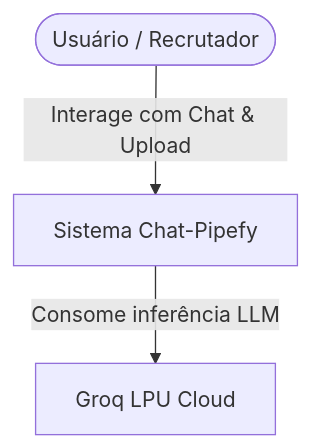
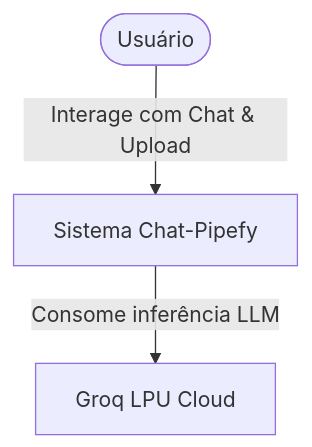
Before and after one commit to eliezerqueiroz/chat-pipefy: the first of 2 diagrams in README.md, drawn with Mermaid. The commit also changed other lines of this file, not shown here.

Commit message:
Fix: remove persona 'Recrutador' dos diagramas C4 e torna o README orientado ao produto

````diff
--- a/README.md
+++ b/README.md
@@ -42,5 +42,5 @@
 ```mermaid
 graph TD
-    User([Usuário / Recrutador]) -->|Interage com Chat & Upload| System[Sistema Chat-Pipefy]
+    User([Usuário]) -->|Interage com Chat & Upload| System[Sistema Chat-Pipefy]
     System -->|Consome inferência LLM| Groq[Groq LPU Cloud]
 ```
````
